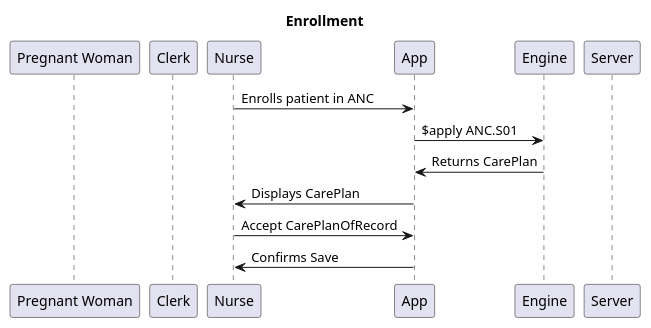
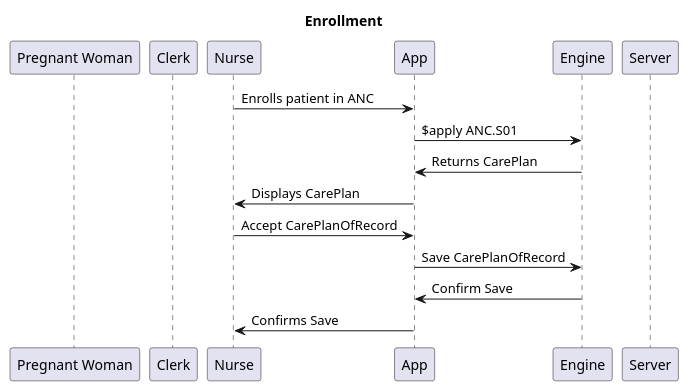
The diagram in input/diagrams/enrollment.puml (WorldHealthOrganization/smart-anc), drawn with PlantUML before and after one commit. The commit also changed 820 other files, not shown here.

```diff
--- a/input/diagrams/enrollment.puml
+++ b/input/diagrams/enrollment.puml
@@ -1,17 +1,19 @@
 @startuml Enrollment
 title Enrollment
 participant "Pregnant Woman" as PW
 participant "Clerk" as Clerk
 participant "Nurse" as Nurse
 participant "App" as App
 participant "Engine" as Engine
 participant "Server" as Server
 
 Nurse -> App: Enrolls patient in ANC
 App -> Engine: $apply ANC.S01
 Engine -> App: Returns CarePlan
 App -> Nurse: Displays CarePlan
 Nurse -> App: Accept CarePlanOfRecord
+App -> Engine: Save CarePlanOfRecord
+Engine -> App: Confirm Save
 App -> Nurse: Confirms Save
 
 @enduml
```
